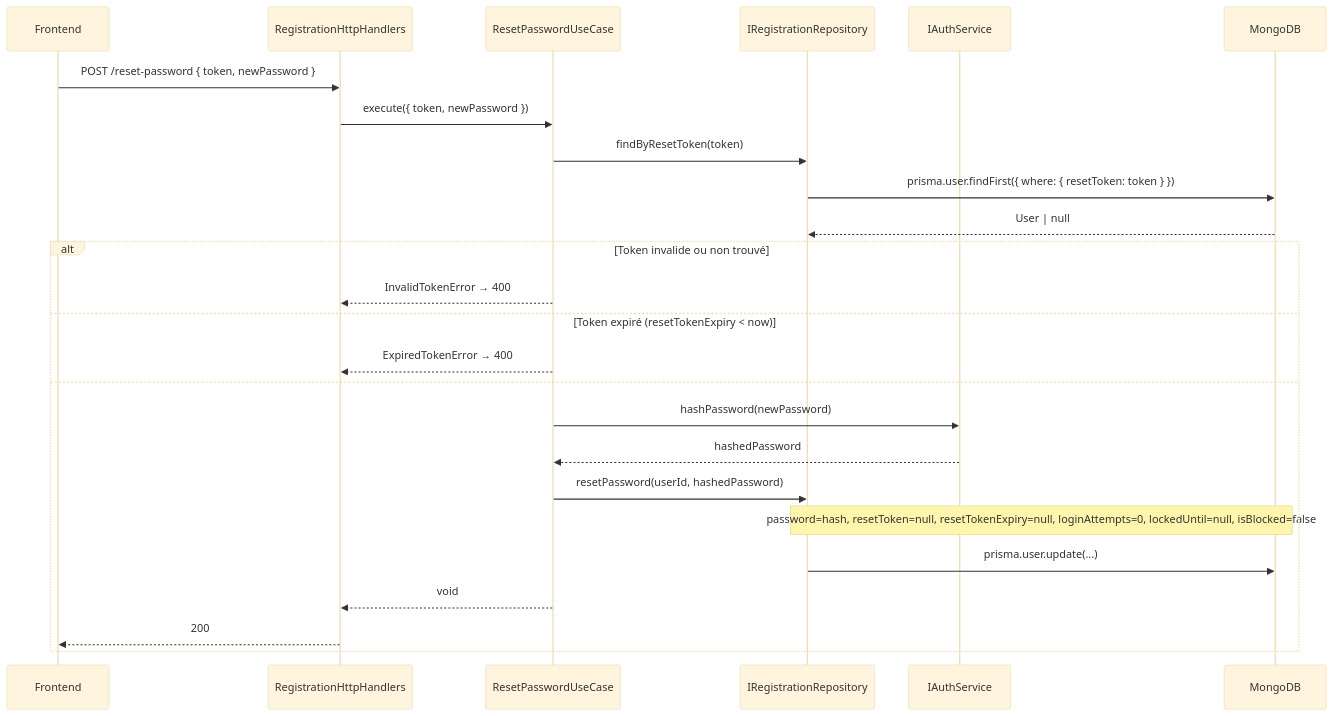
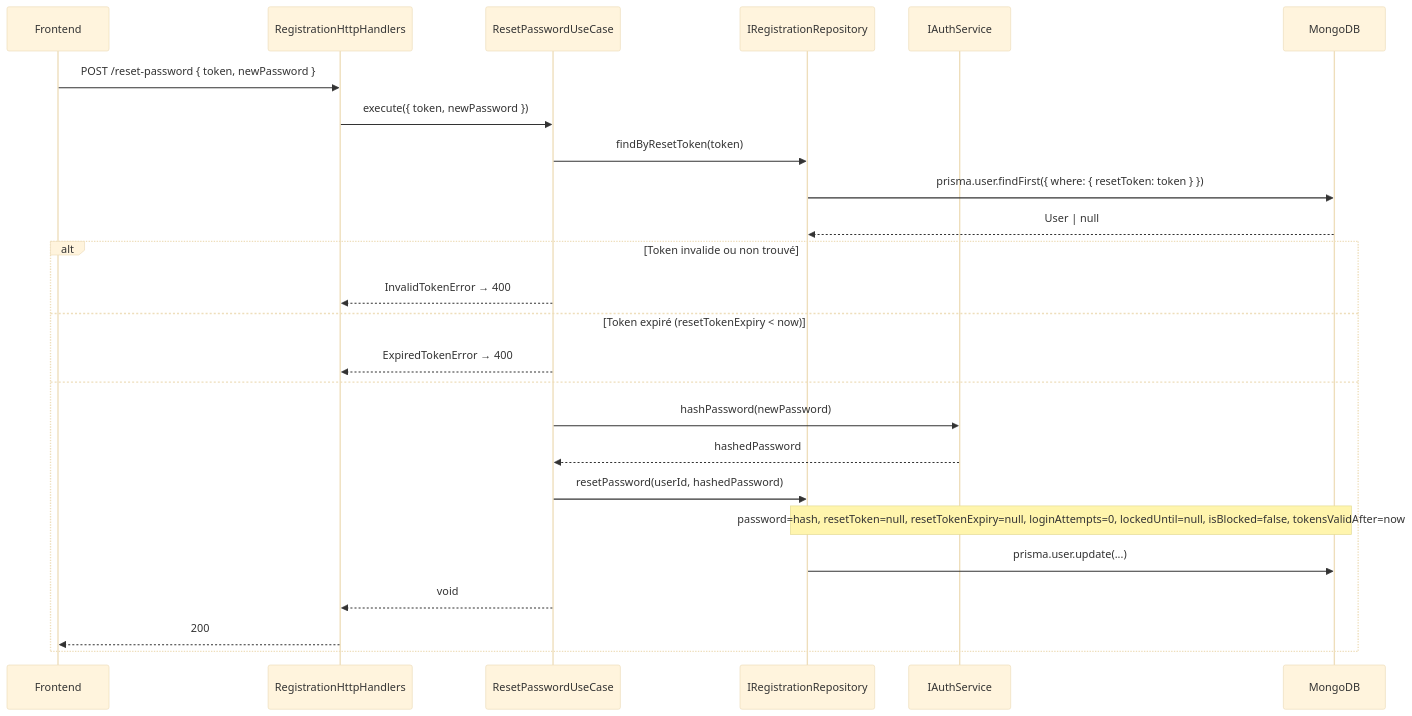
The sixth of 9 diagrams in specifications/10-inscription-et-authentification.md (ptitdam2001/fullstack-application), drawn with Mermaid (base theme) before and after one commit. The commit also changed other lines of this file and 2 other files, not shown here.

Commit message:
docs(spec): relist account state and roles on every request, revoke on reset
A JWT carrying isAdmin/isCoach trusts its claims for their whole 2h life:
a blocked account, a demoted admin or a removed coach keeps its rights,
and a password reset leaves stolen sessions open. Specify that the token
only proves identity, rights and account state are read from the database
on each authenticated request (401 for a deleted, inactive or blocked
account), and that a successful password reset sets User.tokensValidAfter
so older tokens are refused. POST /logout stays client-side.

````diff
--- a/specifications/10-inscription-et-authentification.md
+++ b/specifications/10-inscription-et-authentification.md
@@ -392,28 +392,28 @@
 ```mermaid
 sequenceDiagram
     participant FE as Frontend
     participant API as RegistrationHttpHandlers
     participant UC as ResetPasswordUseCase
     participant RegRepo as IRegistrationRepository
     participant AuthSvc as IAuthService
     participant DB as MongoDB
 
     FE->>API: POST /reset-password { token, newPassword }
     API->>UC: execute({ token, newPassword })
     UC->>RegRepo: findByResetToken(token)
     RegRepo->>DB: prisma.user.findFirst({ where: { resetToken: token } })
     DB-->>RegRepo: User | null
     alt Token invalide ou non trouvé
         UC-->>API: InvalidTokenError → 400
     else Token expiré (resetTokenExpiry < now)
         UC-->>API: ExpiredTokenError → 400
     else
         UC->>AuthSvc: hashPassword(newPassword)
         AuthSvc-->>UC: hashedPassword
         UC->>RegRepo: resetPassword(userId, hashedPassword)
-        Note over RegRepo,DB: password=hash, resetToken=null, resetTokenExpiry=null, loginAttempts=0, lockedUntil=null, isBlocked=false
+        Note over RegRepo,DB: password=hash, resetToken=null, resetTokenExpiry=null, loginAttempts=0, lockedUntil=null, isBlocked=false, tokensValidAfter=now
         RegRepo->>DB: prisma.user.update(...)
         UC-->>API: void
         API-->>FE: 200
     end
 ```
````
